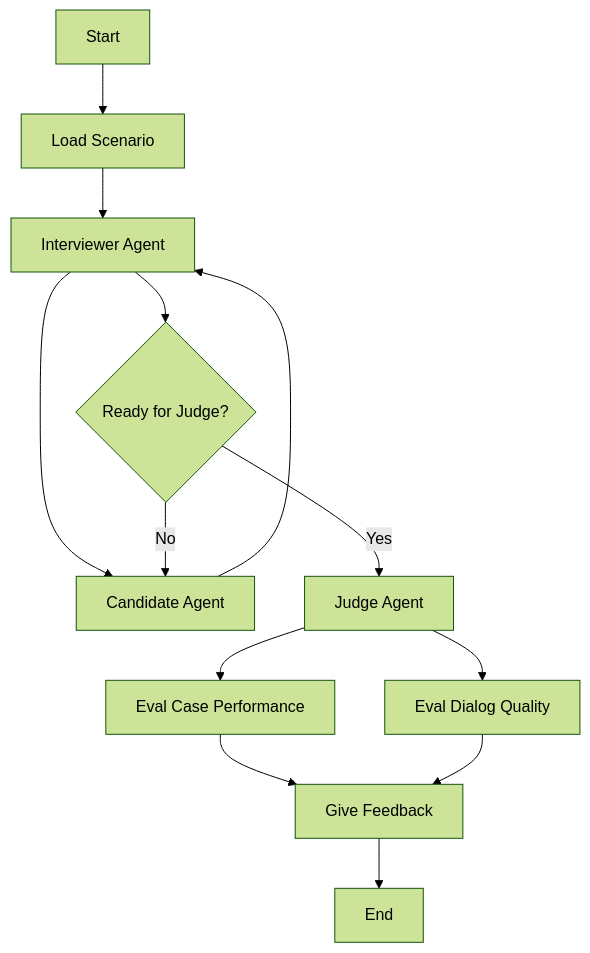
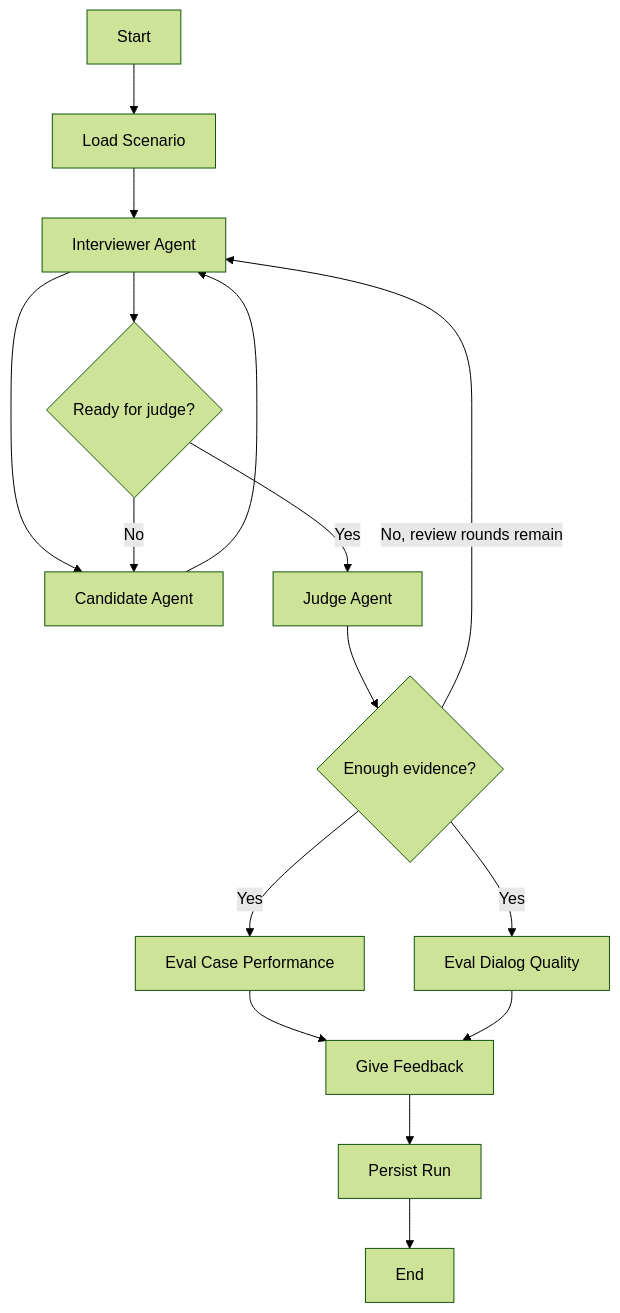
One commit to PPerezdeMadrid/agentic-case-interview-coach changed the first of 4 diagrams in doc/graph.md. Above: the diagram before and after it, drawn with Mermaid (forest theme). The commit also changed other lines of this file and 28 other files, not shown here.

````diff
--- a/doc/graph.md
+++ b/doc/graph.md
@@ -15,19 +15,22 @@
 ```mermaid
  flowchart TD
     A[Start] --> B[Load Scenario]
     B --> C[Interviewer Agent]
 
     C --> D[Candidate Agent]
     D --> C
-
-    C --> E{Ready for Judge?}
+    C --> E{Ready for judge?}
 
     E -- No --> D
     E -- Yes --> F[Judge Agent]
 
-    F --> G[Eval Case Performance]
-    F --> H[Eval Dialog Quality]
+    F --> R{Enough evidence?}
+    R -- No, review rounds remain --> C
+    R -- Yes --> G[Eval Case Performance]
+    R -- Yes --> H[Eval Dialog Quality]
+
     G --> I[Give Feedback]
     H --> I
-    I --> J[End]
+    I --> P[Persist Run]
+    P --> J[End]
 ```
````
